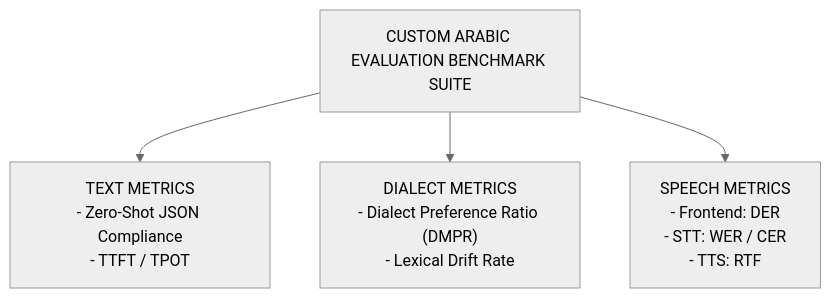
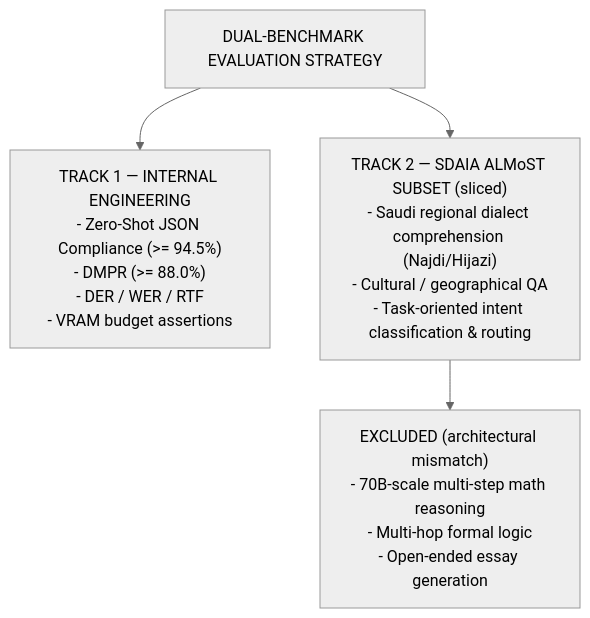
The fourth of 5 diagrams in docs/BLUEPRINT.md (aymanaboghonim/bayan-slm-engine), drawn with Mermaid (neutral theme) before and after one commit. The commit also changed other lines of this file and 13 other files, not shown here.

````diff
--- a/docs/BLUEPRINT.md
+++ b/docs/BLUEPRINT.md
@@ -471,6 +499,6 @@
 ```mermaid
 flowchart TD
-    A["CUSTOM ARABIC EVALUATION BENCHMARK SUITE"] --> B["TEXT METRICS<br/>- Zero-Shot JSON Compliance<br/>- TTFT / TPOT"]
-    A --> C["DIALECT METRICS<br/>- Dialect Preference Ratio (DMPR)<br/>- Lexical Drift Rate"]
-    A --> D["SPEECH METRICS<br/>- Frontend: DER<br/>- STT: WER / CER<br/>- TTS: RTF"]
+    A["DUAL-BENCHMARK EVALUATION STRATEGY"] --> B["TRACK 1 — INTERNAL ENGINEERING<br/>- Zero-Shot JSON Compliance (>= 94.5%)<br/>- DMPR (>= 88.0%)<br/>- DER / WER / RTF<br/>- VRAM budget assertions"]
+    A --> C["TRACK 2 — SDAIA ALMoST SUBSET (sliced)<br/>- Saudi regional dialect comprehension (Najdi/Hijazi)<br/>- Cultural / geographical QA<br/>- Task-oriented intent classification & routing"]
+    C --> D["EXCLUDED (architectural mismatch)<br/>- 70B-scale multi-step math reasoning<br/>- Multi-hop formal logic<br/>- Open-ended essay generation"]
 ```
````
